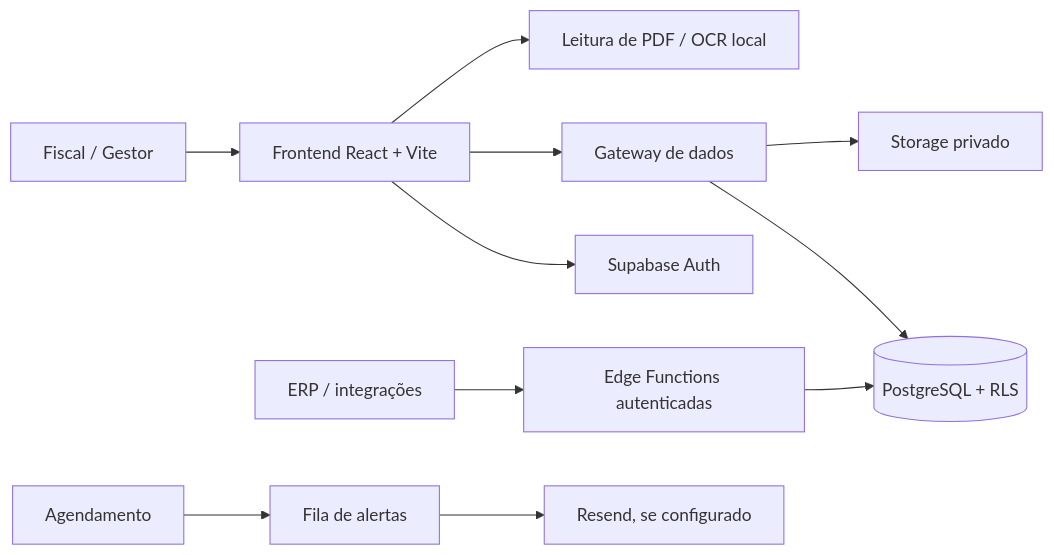
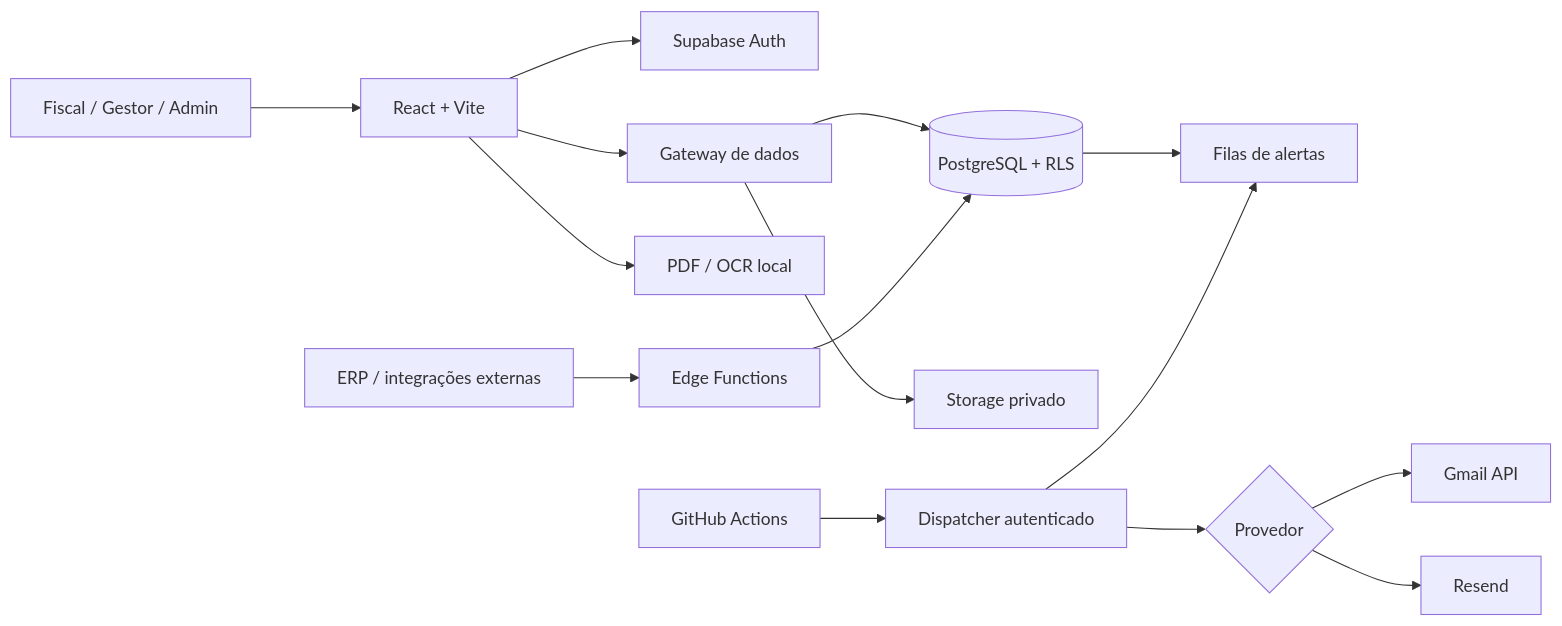
One commit to WalterMatheusgg/Licits changed the diagram in README.md. Above: the diagram before and after it, drawn with Mermaid. The commit also changed other lines of this file, not shown here.

Commit message:
docs(readme): refresh Licits architecture, Gmail notifications, CI and Codespaces sync

````diff
--- a/README.md
+++ b/README.md
@@ -118,13 +72,17 @@
 ```mermaid
 flowchart LR
-  Fiscal["Fiscal / Gestor"] --> UI["Frontend React + Vite"]
-  UI --> Auth["Supabase Auth"]
-  UI --> Gateway["Gateway de dados"]
-  Gateway --> DB[("PostgreSQL + RLS")]
-  Gateway --> Storage["Storage privado"]
-  UI --> OCR["Leitura de PDF / OCR local"]
-  Integracao["ERP / integrações"] --> Edge["Edge Functions autenticadas"]
-  Edge --> DB
-  Rotina["Agendamento"] --> Fila["Fila de alertas"]
-  Fila --> Email["Resend, se configurado"]
+    U["Fiscal / Gestor / Admin"] --> WEB["React + Vite"]
+    WEB --> AUTH["Supabase Auth"]
+    WEB --> GW["Gateway de dados"]
+    GW --> DB[("PostgreSQL + RLS")]
+    GW --> STORAGE["Storage privado"]
+    WEB --> PDF["PDF / OCR local"]
+    ERP["ERP / integrações externas"] --> EDGE["Edge Functions"]
+    EDGE --> DB
+    DB --> QUEUE["Filas de alertas"]
+    CRON["GitHub Actions"] --> WORKER["Dispatcher autenticado"]
+    WORKER --> QUEUE
+    WORKER --> EMAIL{"Provedor"}
+    EMAIL --> GMAIL["Gmail API"]
+    EMAIL --> RESEND["Resend"]
 ```
````
